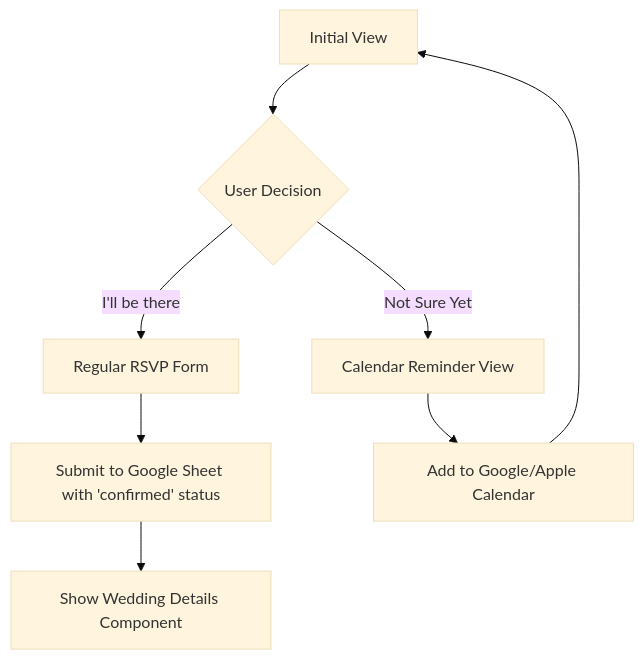
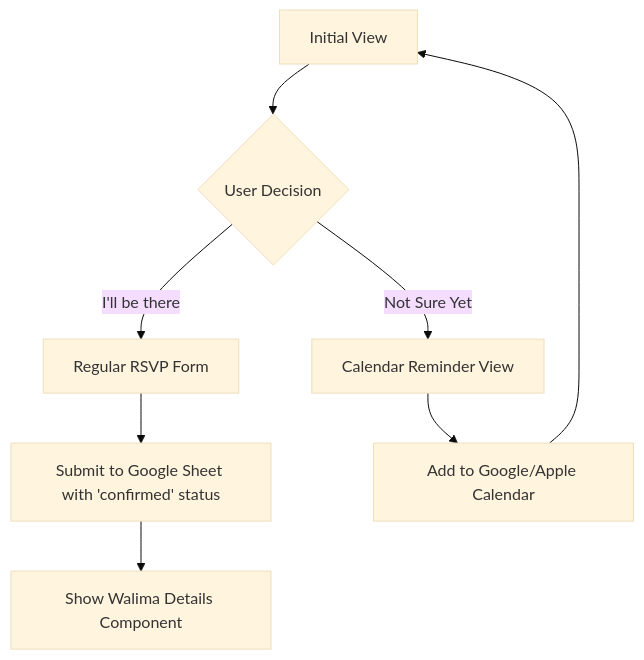
The first of 4 diagrams in README.md (mangodevio/RSVP), drawn with Mermaid (base theme) before and after one commit. The commit also changed other lines of this file and 5 other files, not shown here.

Commit message:
wedding to walima

````diff
--- a/README.md
+++ b/README.md
@@ -20,10 +20,10 @@
 ```mermaid
 flowchart TD
     A[Initial View] --> B{User Decision}
     B -->|"I'll be there"| C[Regular RSVP Form]
     B -->|"Not Sure Yet"| D[Calendar Reminder View]
     C --> E[Submit to Google Sheet with 'confirmed' status]
     D --> F[Add to Google/Apple Calendar]
-    E --> G[Show Wedding Details Component]
+    E --> G[Show Walima Details Component]
     F --> A
 ```
````
